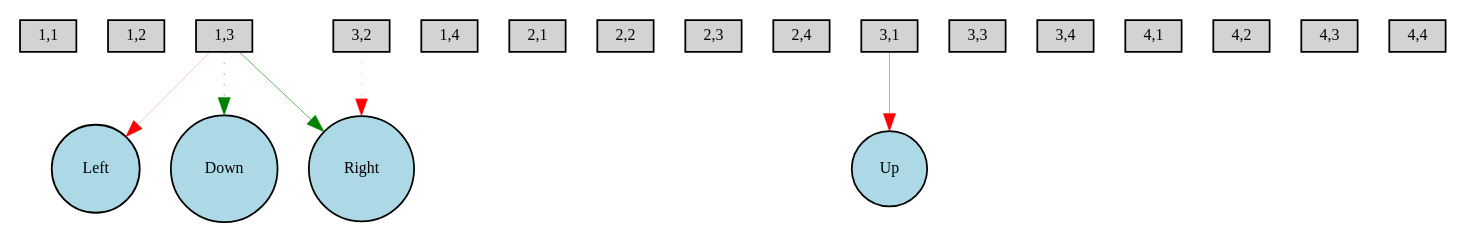
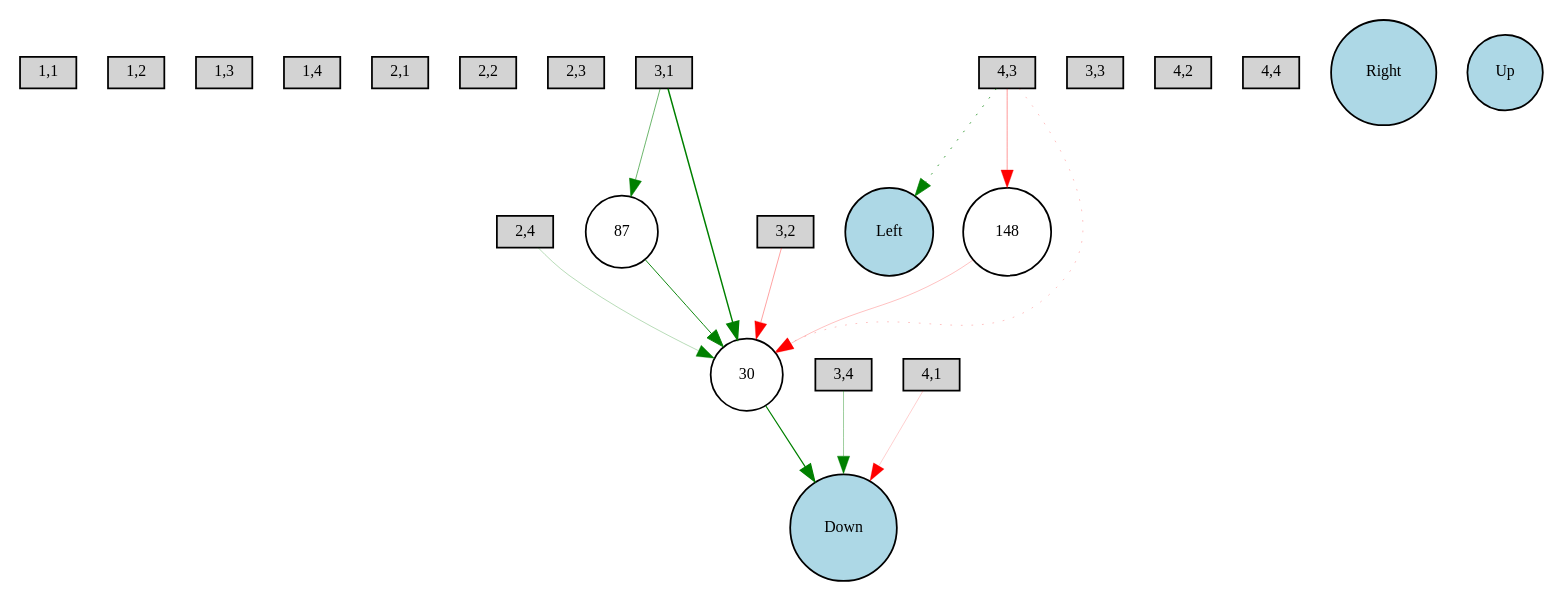
The diagram in Digraph.gv (HiggstonRainbird/NEAT-2048), drawn with Graphviz before and after one commit. The commit also changed 4 other files, not shown here.

```diff
--- a/Digraph.gv
+++ b/Digraph.gv
@@ -1,28 +1,38 @@
 digraph {
 	node [fontsize=9 height=0.2 shape=circle width=0.2]
 	"1,1" [fillcolor=lightgray shape=box style=filled]
 	"1,2" [fillcolor=lightgray shape=box style=filled]
 	"1,3" [fillcolor=lightgray shape=box style=filled]
 	"1,4" [fillcolor=lightgray shape=box style=filled]
 	"2,1" [fillcolor=lightgray shape=box style=filled]
 	"2,2" [fillcolor=lightgray shape=box style=filled]
 	"2,3" [fillcolor=lightgray shape=box style=filled]
 	"2,4" [fillcolor=lightgray shape=box style=filled]
 	"3,1" [fillcolor=lightgray shape=box style=filled]
 	"3,2" [fillcolor=lightgray shape=box style=filled]
 	"3,3" [fillcolor=lightgray shape=box style=filled]
 	"3,4" [fillcolor=lightgray shape=box style=filled]
 	"4,1" [fillcolor=lightgray shape=box style=filled]
 	"4,2" [fillcolor=lightgray shape=box style=filled]
 	"4,3" [fillcolor=lightgray shape=box style=filled]
 	"4,4" [fillcolor=lightgray shape=box style=filled]
 	Left [fillcolor=lightblue style=filled]
 	Down [fillcolor=lightblue style=filled]
 	Right [fillcolor=lightblue style=filled]
 	Up [fillcolor=lightblue style=filled]
-	"3,2" -> Right [color=red penwidth=0.106073230355 style=dotted]
-	"3,1" -> Up [color=red penwidth=0.252219325727 style=solid]
-	"1,3" -> Left [color=red penwidth=0.128222051548 style=solid]
-	"1,3" -> Down [color=green penwidth=0.273101987802 style=dotted]
-	"1,3" -> Right [color=green penwidth=0.343088723525 style=solid]
+	148 [fillcolor=white style=filled]
+	87 [fillcolor=white style=filled]
+	30 [fillcolor=white style=filled]
+	"2,4" -> 30 [color=green penwidth=0.158113553432 style=solid]
+	30 -> Down [color=green penwidth=0.68264006308 style=solid]
+	"4,3" -> 30 [color=red penwidth=0.135158296471 style=dotted]
+	"4,3" -> Left [color=green penwidth=0.425988878861 style=dotted]
+	"3,4" -> Down [color=green penwidth=0.222559215912 style=solid]
+	87 -> 30 [color=green penwidth=0.52905785831 style=solid]
+	"3,1" -> 30 [color=green penwidth=0.832533050132 style=solid]
+	"3,1" -> 87 [color=green penwidth=0.326331633453 style=solid]
+	"4,3" -> 148 [color=red penwidth=0.229573173078 style=solid]
+	148 -> 30 [color=red penwidth=0.138230719991 style=solid]
+	"4,1" -> Down [color=red penwidth=0.114562865658 style=solid]
+	"3,2" -> 30 [color=red penwidth=0.211532323684 style=solid]
 }
```
